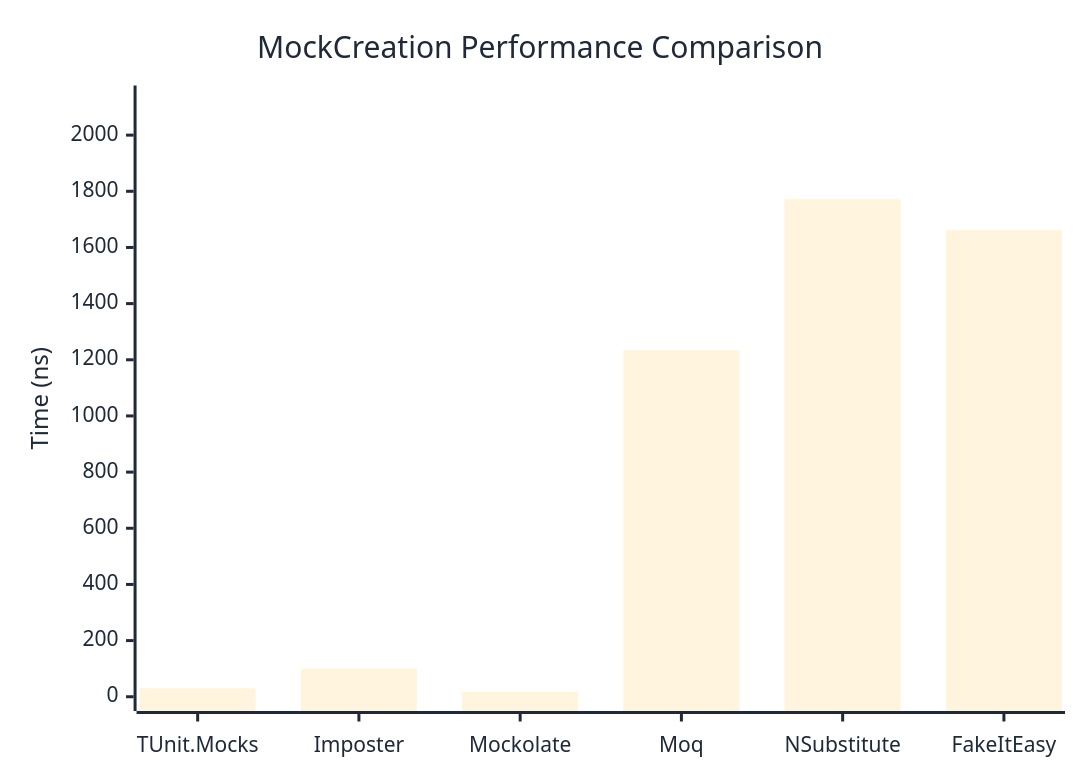
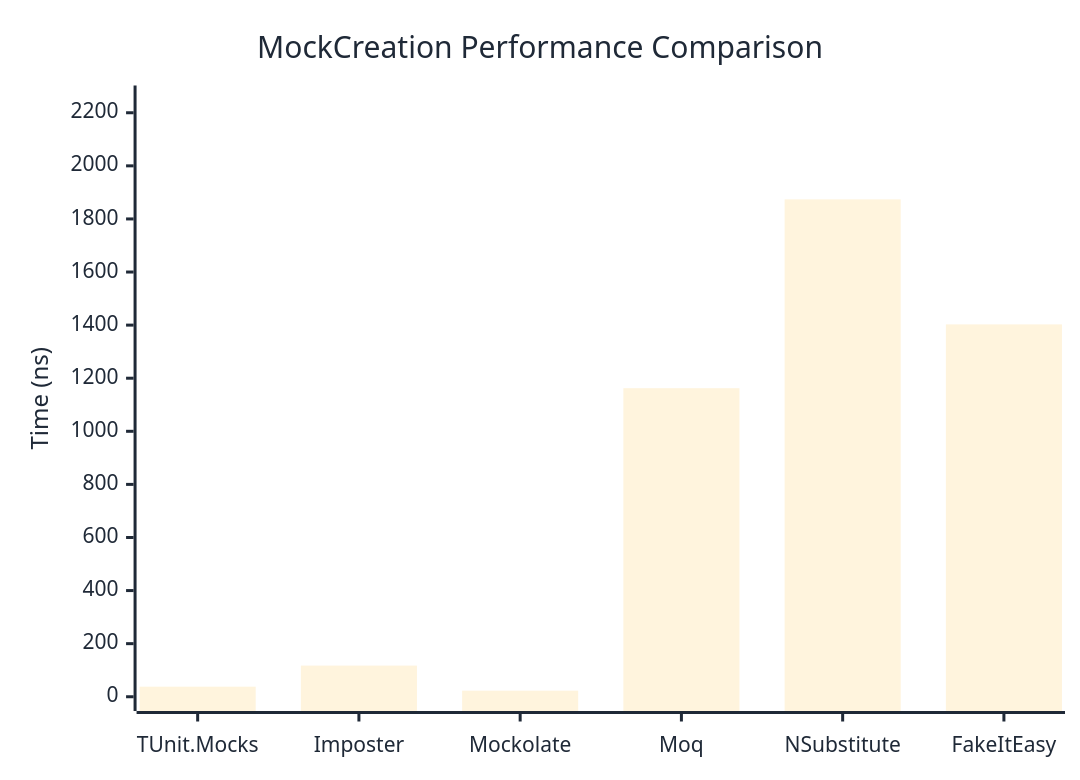
The first of 2 diagrams in docs/docs/benchmarks/mocks/MockCreation.md (thomhurst/TUnit), drawn with Mermaid before and after one commit. The commit also changed other lines of this file and 14 other files, not shown here.

````diff
--- a/docs/docs/benchmarks/mocks/MockCreation.md
+++ b/docs/docs/benchmarks/mocks/MockCreation.md
@@ -30,27 +30,27 @@
 ```mermaid
 %%{init: {
   'theme':'base',
   'themeVariables': {
     'primaryColor': '#2563eb',
     'primaryTextColor': '#1f2937',
     'primaryBorderColor': '#1e40af',
     'lineColor': '#6b7280',
     'secondaryColor': '#7c3aed',
     'tertiaryColor': '#dc2626',
     'background': '#ffffff',
     'pie1': '#2563eb',
     'pie2': '#7c3aed',
     'pie3': '#dc2626',
     'pie4': '#f59e0b',
     'pie5': '#10b981',
     'pie6': '#06b6d4',
     'pie7': '#ec4899',
     'pie8': '#6366f1'
   }
 }}%%
 xychart-beta
   title "MockCreation Performance Comparison"
   x-axis ["TUnit.Mocks", "Imposter", "Mockolate", "Moq", "NSubstitute", "FakeItEasy"]
-  y-axis "Time (ns)" 0 --> 2126
-  bar [29.72, 99.96, 17.78, 1234.08, 1771.66, 1661.55]
+  y-axis "Time (ns)" 0 --> 2249
+  bar [37.97, 117.42, 22.91, 1162.39, 1873.74, 1402.73]
 ```
````
